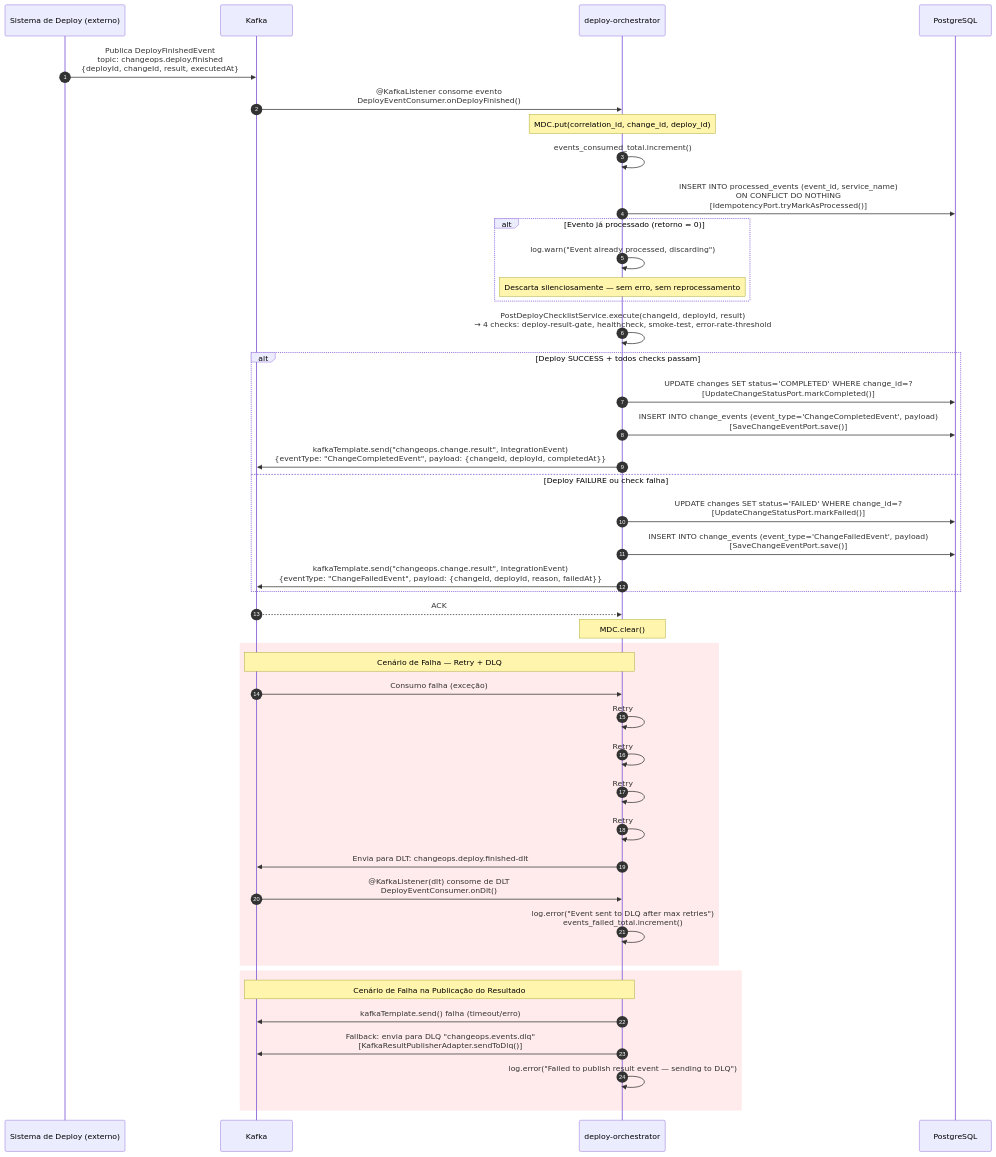
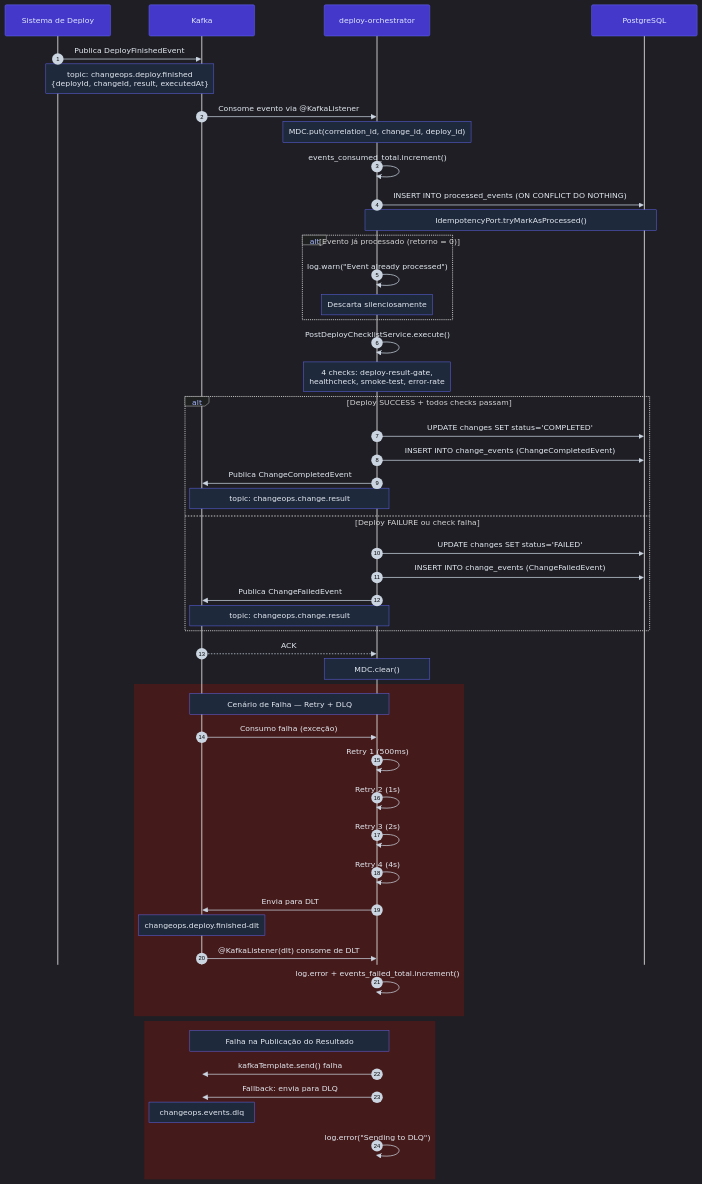
One commit to claudecirmiranda/changeops changed the diagram in docs/architecture/sequence-flow2-orquestracao.md. Above: the diagram before and after it, drawn with Mermaid. The commit also changed 3 other files, not shown here.

First line of the commit message:
refactor: update container and sequence diagrams for ChangeOps Dashboard

````diff
--- a/docs/architecture/sequence-flow2-orquestracao.md
+++ b/docs/architecture/sequence-flow2-orquestracao.md
@@ -3,61 +3,68 @@
 ```mermaid
+%%{init: {'theme':'dark','themeVariables':{'fontSize':'14px','actorTextColor':'#E0E7FF','actorBkg':'#4338CA','actorBorder':'#6366F1','activationBorderColor':'#6366F1','signalColor':'#CBD5E1','signalTextColor':'#E2E8F0','noteBkgColor':'#1E293B','noteBorderColor':'#6366F1','noteTextColor':'#E2E8F0','altSectionBkgColor':'#0F172A','labelTextColor':'#A5B4FC'},'sequence':{'mirrorActors':false,'messageFontSize':14,'noteFontSize':13,'actorFontSize':15,'noteMargin':12,'messageMargin':40,'width':220}}}%%
 sequenceDiagram
     autonumber
-    participant ES as Sistema de Deploy (externo)
+    participant ES as Sistema de Deploy
     participant K as Kafka
     participant DO as deploy-orchestrator
     participant DB as PostgreSQL
 
-    ES->>K: Publica DeployFinishedEvent<br/>topic: changeops.deploy.finished<br/>{deployId, changeId, result, executedAt}
+    ES->>K: Publica DeployFinishedEvent
+    Note over ES,K: topic: changeops.deploy.finished<br/>{deployId, changeId, result, executedAt}
 
-    K->>DO: @KafkaListener consome evento<br/>DeployEventConsumer.onDeployFinished()
+    K->>DO: Consome evento via @KafkaListener
 
     Note over DO: MDC.put(correlation_id, change_id, deploy_id)
 
     DO->>DO: events_consumed_total.increment()
 
-    DO->>DB: INSERT INTO processed_events (event_id, service_name)<br/>ON CONFLICT DO NOTHING<br/>[IdempotencyPort.tryMarkAsProcessed()]
+    DO->>DB: INSERT INTO processed_events (ON CONFLICT DO NOTHING)
+    Note over DO,DB: IdempotencyPort.tryMarkAsProcessed()
 
     alt Evento já processado (retorno = 0)
-        DO->>DO: log.warn("Event already processed, discarding")
-        Note over DO: Descarta silenciosamente — sem erro, sem reprocessamento
+        DO->>DO: log.warn("Event already processed")
+        Note over DO: Descarta silenciosamente
     end
 
-    DO->>DO: PostDeployChecklistService.execute(changeId, deployId, result)<br/>→ 4 checks: deploy-result-gate, healthcheck, smoke-test, error-rate-threshold
+    DO->>DO: PostDeployChecklistService.execute()
+    Note over DO: 4 checks: deploy-result-gate,<br/>healthcheck, smoke-test, error-rate
 
     alt Deploy SUCCESS + todos checks passam
-        DO->>DB: UPDATE changes SET status='COMPLETED' WHERE change_id=?<br/>[UpdateChangeStatusPort.markCompleted()]
-        DO->>DB: INSERT INTO change_events (event_type='ChangeCompletedEvent', payload)<br/>[SaveChangeEventPort.save()]
-        DO->>K: kafkaTemplate.send("changeops.change.result", IntegrationEvent)<br/>{eventType: "ChangeCompletedEvent", payload: {changeId, deployId, completedAt}}
+        DO->>DB: UPDATE changes SET status='COMPLETED'
+        DO->>DB: INSERT INTO change_events (ChangeCompletedEvent)
+        DO->>K: Publica ChangeCompletedEvent
+        Note over DO,K: topic: changeops.change.result
     else Deploy FAILURE ou check falha
-        DO->>DB: UPDATE changes SET status='FAILED' WHERE change_id=?<br/>[UpdateChangeStatusPort.markFailed()]
-        DO->>DB: INSERT INTO change_events (event_type='ChangeFailedEvent', payload)<br/>[SaveChangeEventPort.save()]
-        DO->>K: kafkaTemplate.send("changeops.change.result", IntegrationEvent)<br/>{eventType: "ChangeFailedEvent", payload: {changeId, deployId, reason, failedAt}}
+        DO->>DB: UPDATE changes SET status='FAILED'
+        DO->>DB: INSERT INTO change_events (ChangeFailedEvent)
+        DO->>K: Publica ChangeFailedEvent
+        Note over DO,K: topic: changeops.change.result
     end
 
     K-->>DO: ACK
-
     Note over DO: MDC.clear()
 
-    rect rgb(255, 235, 235)
+    rect rgb(69, 26, 26)
         Note over K,DO: Cenário de Falha — Retry + DLQ
 
         K->>DO: Consumo falha (exceção)
-        DO->>DO: Retry #1 (500ms backoff)
-        DO->>DO: Retry #2 (1000ms backoff)
-        DO->>DO: Retry #3 (2000ms backoff)
-        DO->>DO: Retry #4 (4000ms backoff)
-        DO->>K: Envia para DLT: changeops.deploy.finished-dlt
-        
-        K->>DO: @KafkaListener(dlt) consome de DLT<br/>DeployEventConsumer.onDlt()
-        DO->>DO: log.error("Event sent to DLQ after max retries")<br/>events_failed_total.increment()
+        DO->>DO: Retry 1 (500ms)
+        DO->>DO: Retry 2 (1s)
+        DO->>DO: Retry 3 (2s)
+        DO->>DO: Retry 4 (4s)
+        DO->>K: Envia para DLT
+        Note over K: changeops.deploy.finished-dlt
+
+        K->>DO: @KafkaListener(dlt) consome de DLT
+        DO->>DO: log.error + events_failed_total.increment()
     end
 
-    rect rgb(255, 235, 235)
-        Note over DO,K: Cenário de Falha na Publicação do Resultado
+    rect rgb(69, 26, 26)
+        Note over DO,K: Falha na Publicação do Resultado
 
-        DO->>K: kafkaTemplate.send() falha (timeout/erro)
-        DO->>K: Fallback: envia para DLQ "changeops.events.dlq"<br/>[KafkaResultPublisherAdapter.sendToDlq()]
-        DO->>DO: log.error("Failed to publish result event — sending to DLQ")
+        DO->>K: kafkaTemplate.send() falha
+        DO->>K: Fallback: envia para DLQ
+        Note over K: changeops.events.dlq
+        DO->>DO: log.error("Sending to DLQ")
     end
 ```
````
